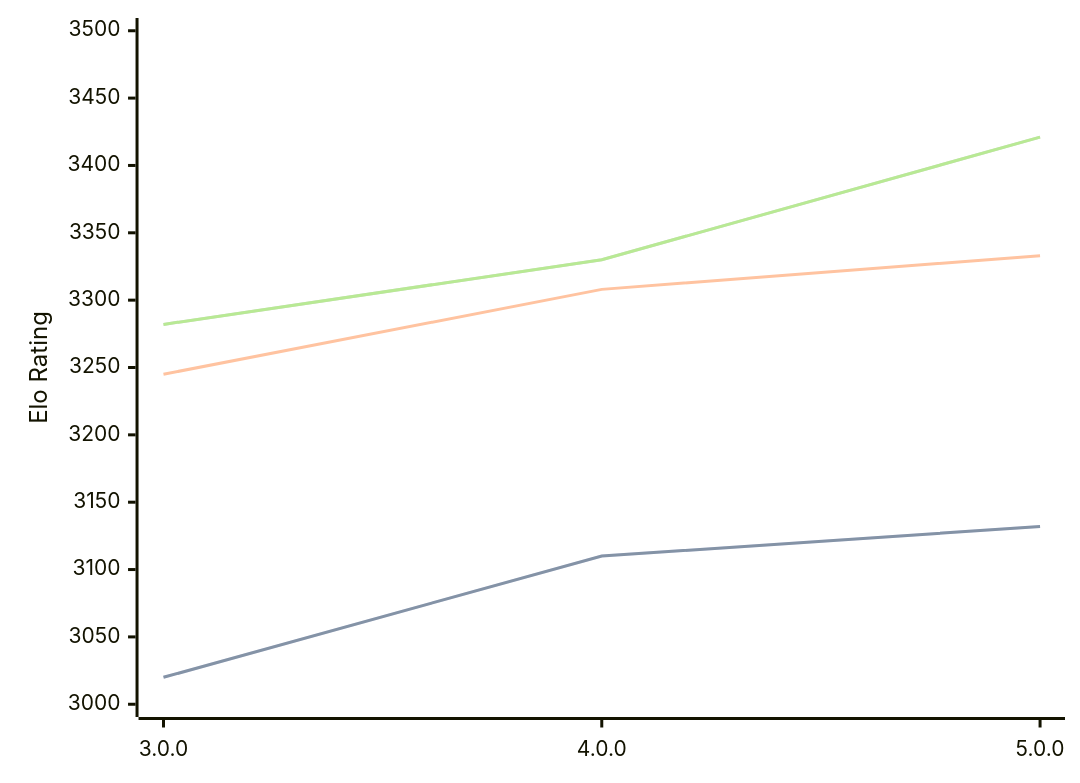
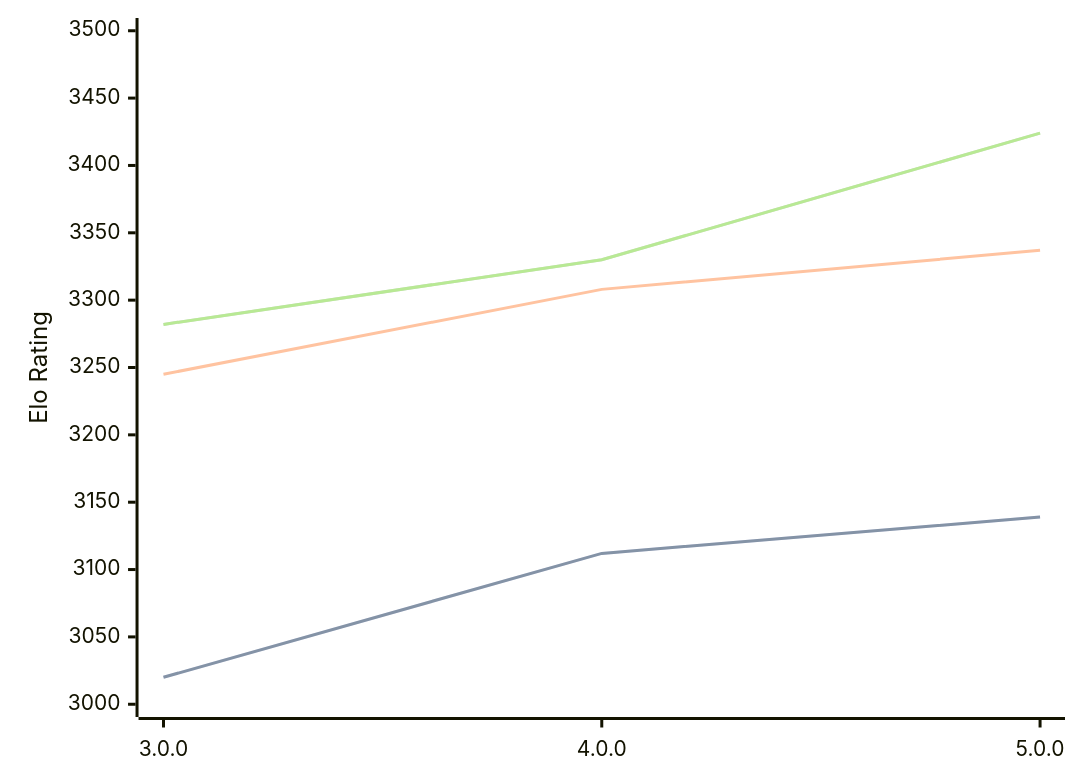
The diagram in engines/Minke.md (computer-chess-index/cci), drawn with Mermaid before and after one commit. The commit also changed other lines of this file, not shown here.

Commit message:
Update CCI Ratings (ELO VLTC) - 2026-02-16

````diff
--- a/engines/Minke.md
+++ b/engines/Minke.md
@@ -32,11 +32,11 @@
 ```mermaid
 %%{init: {"theme":"base","themeVariables":{"seriesColors:['#a3a3a3','#222221','#faa371']}}}%%
 xychart-beta
   x-axis ["3.0.0", "4.0.0", "5.0.0"]
   y-axis "Elo Rating" 3000 --> 3500
-  line "STC (8.0+0.08s)" [3020, 3110, 3132]
-  line "STC (8.0+0.08s)" [3020, 3110, 3132]
-  line "LTC (60.0+0.60s)" [3245, 3308, 3333]
-  line "VLTC (2m24s+1.12s)" [3282, 3330, 3421]
-  line "VLTC (2m24s+1.12s)" [3282, 3330, 3421]
+  line "STC (8.0+0.08s)" [3020, 3112, 3139]
+  line "STC (8.0+0.08s)" [3020, 3112, 3139]
+  line "LTC (60.0+0.60s)" [3245, 3308, 3337]
+  line "VLTC (2m24s+1.12s)" [3282, 3330, 3424]
+  line "VLTC (2m24s+1.12s)" [3282, 3330, 3424]
 ```
````
